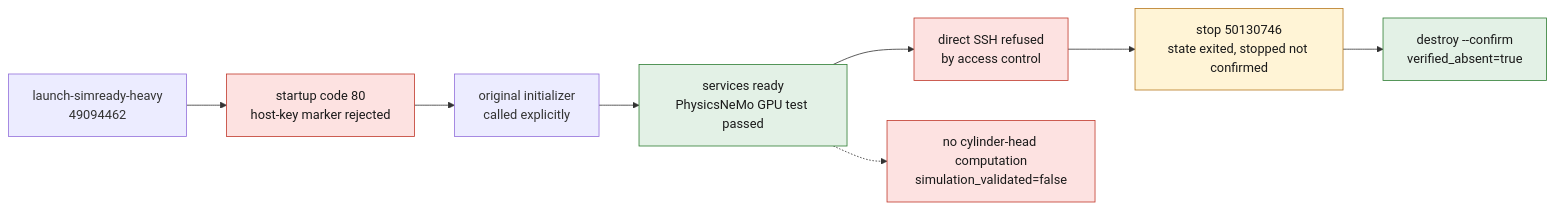
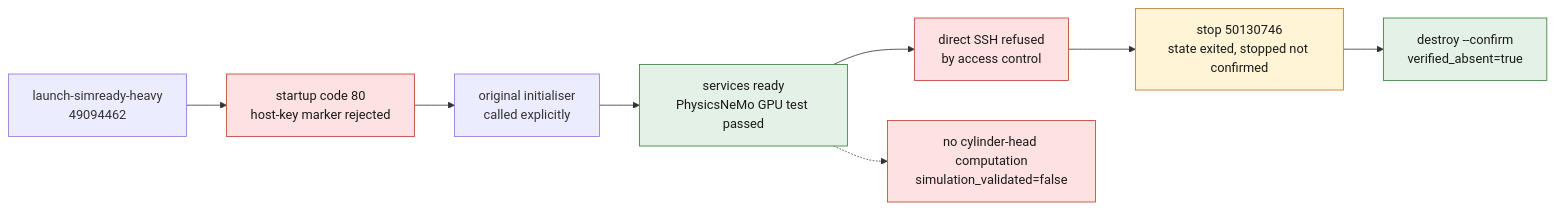
Before and after one commit to cluster2600/porscheparts: the diagram in docs/reports/M64_VAST_RUNTIME_READY_20260907.md, drawn with Mermaid. The commit also changed other lines of this file and 480 other files, not shown here.

````diff
--- a/docs/reports/M64_VAST_RUNTIME_READY_20260907.md
+++ b/docs/reports/M64_VAST_RUNTIME_READY_20260907.md
@@ -9,16 +9,16 @@
 ```mermaid
 flowchart LR
     A["launch-simready-heavy<br/>49094462"] --> B["startup code 80<br/>host-key marker rejected"]
-    B --> C["original initializer<br/>called explicitly"]
+    B --> C["original initialiser<br/>called explicitly"]
     C --> D["services ready<br/>PhysicsNeMo GPU test passed"]
     D --> E["direct SSH refused<br/>by access control"]
     E --> F["stop 50130746<br/>state exited, stopped not confirmed"]
     F --> G["destroy --confirm<br/>verified_absent=true"]
     D -.-> H["no cylinder-head computation<br/>simulation_validated=false"]
     classDef stop fill:#fde2e1,stroke:#c0392b,color:#1a1a1a;
     classDef ok fill:#e3f1e6,stroke:#2e7d32,color:#1a1a1a;
     classDef open fill:#fff4d6,stroke:#b7791f,color:#1a1a1a;
     class B,E,H stop;
     class D,G ok;
     class F open;
 ```
````
